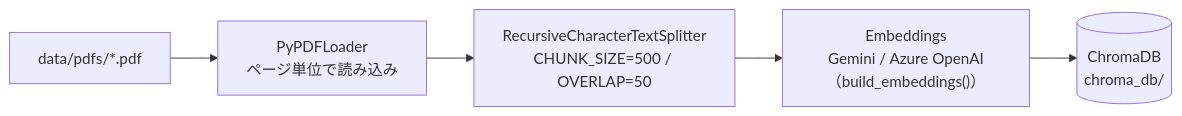
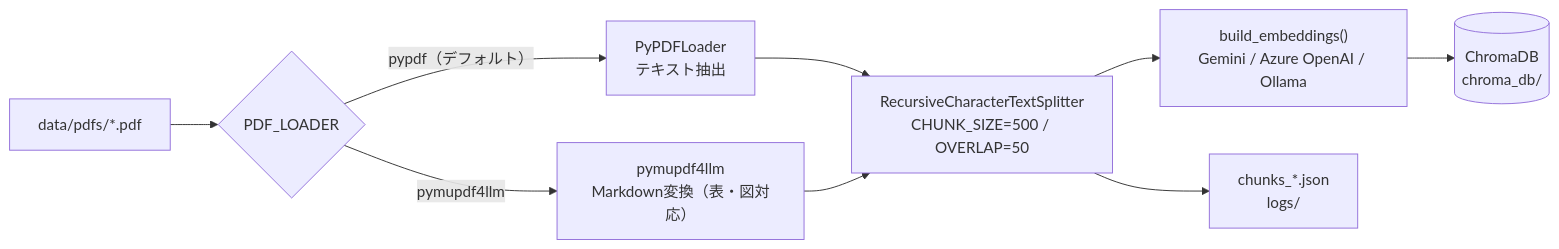
The second of 7 diagrams in docs/flow.md (ryokn/study_rag), drawn with Mermaid before and after one commit. The commit also changed other lines of this file and 4 other files, not shown here.

````diff
--- a/docs/flow.md
+++ b/docs/flow.md
@@ -60,10 +67,17 @@
 ```mermaid
 flowchart LR
     PDF["data/pdfs/*.pdf"]
-    LOAD["PyPDFLoader<br/>ページ単位で読み込み"]
+    SWITCH{"PDF_LOADER"}
+    PYPDF["PyPDFLoader<br/>テキスト抽出"]
+    MUDF["pymupdf4llm<br/>Markdown変換（表・図対応）"]
     SPLIT["RecursiveCharacterTextSplitter<br/>CHUNK_SIZE=500 / OVERLAP=50"]
-    EMBED["Embeddings<br/>Gemini / Azure OpenAI（build_embeddings()）"]
+    EMBED["build_embeddings()<br/>Gemini / Azure OpenAI / Ollama"]
     CHROMA[("ChromaDB<br/>chroma_db/")]
+    LOG["chunks_*.json<br/>logs/"]
 
-    PDF --> LOAD --> SPLIT --> EMBED --> CHROMA
+    PDF --> SWITCH
+    SWITCH -- "pypdf（デフォルト）" --> PYPDF --> SPLIT
+    SWITCH -- "pymupdf4llm" --> MUDF --> SPLIT
+    SPLIT --> EMBED --> CHROMA
+    SPLIT --> LOG
 ```
````
